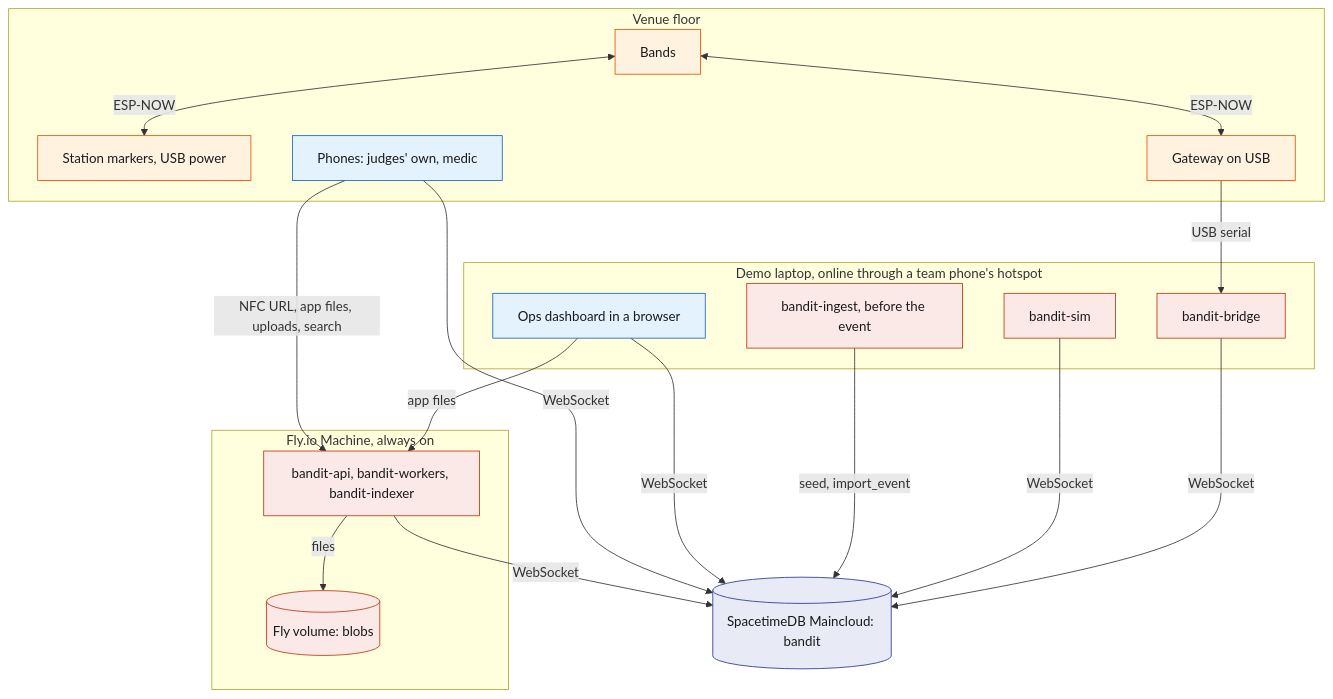
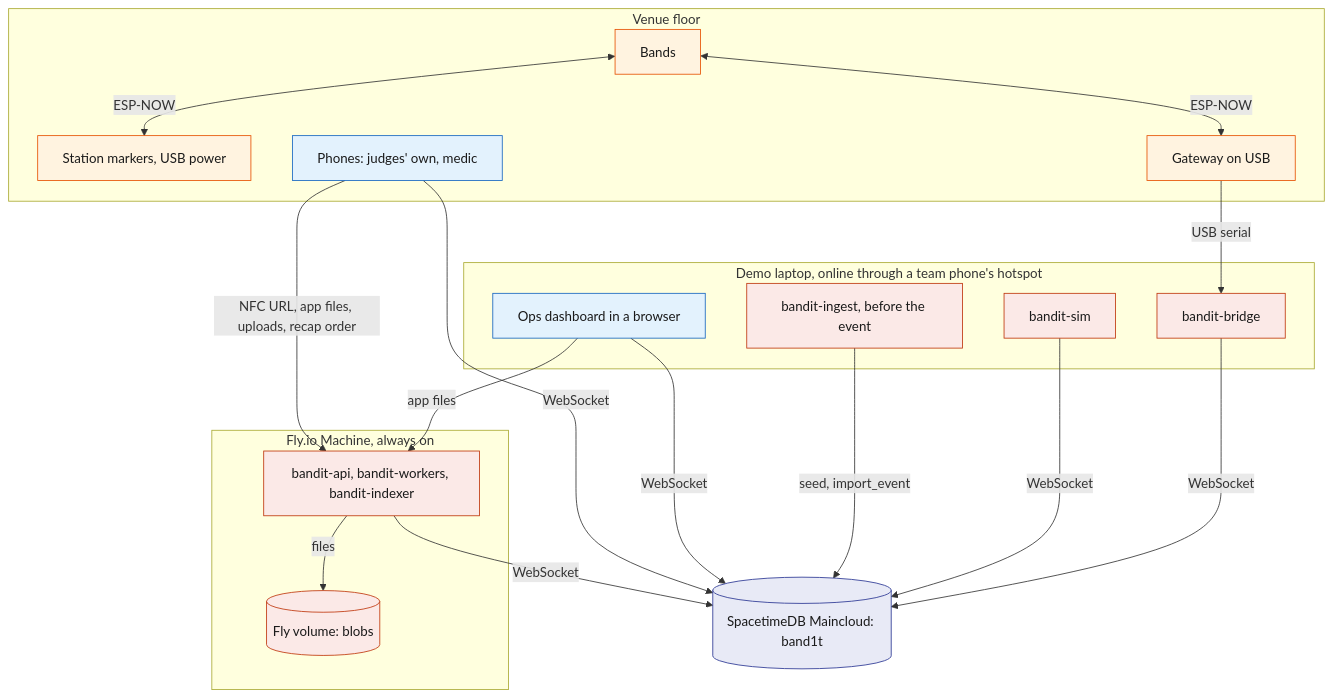
One commit to viktorinkov/cal-hacks-13 changed the fifth of 5 diagrams in System Design/1-overview/Architecture.md. Above: the diagram before and after it, drawn with Mermaid. The commit also changed other lines of this file and 21 other files, not shown here.

````diff
--- a/System Design/1-overview/Architecture.md
+++ b/System Design/1-overview/Architecture.md
@@ -276,42 +276,42 @@
 ```mermaid
 flowchart TB
   subgraph Floor["Venue floor"]
     Bands["Bands"]
     Stations["Station markers, USB power"]
     Gateway["Gateway on USB"]
     Phones["Phones: judges' own, medic"]
   end
   subgraph Laptop["Demo laptop, online through a team phone's hotspot"]
     Bridge["bandit-bridge"]
     Sim["bandit-sim"]
     Ingest["bandit-ingest, before the event"]
     OpsUI["Ops dashboard in a browser"]
   end
   subgraph Fly["Fly.io Machine, always on"]
     Svc["bandit-api, bandit-workers, bandit-indexer"]
     Vol[("Fly volume: blobs")]
   end
-  Maincloud[("SpacetimeDB Maincloud: bandit")]
+  Maincloud[("SpacetimeDB Maincloud: band1t")]
 
   Bands <-->|"ESP-NOW"| Stations
   Bands <-->|"ESP-NOW"| Gateway
   Gateway -->|"USB serial"| Bridge
   Bridge -->|"WebSocket"| Maincloud
   Sim -->|"WebSocket"| Maincloud
   Ingest -->|"seed, import_event"| Maincloud
   OpsUI -->|"WebSocket"| Maincloud
   OpsUI -->|"app files"| Svc
-  Phones -->|"NFC URL, app files, uploads, search"| Svc
+  Phones -->|"NFC URL, app files, uploads, recap order"| Svc
   Phones -->|"WebSocket"| Maincloud
   Svc -->|"WebSocket"| Maincloud
   Svc -->|"files"| Vol
 
   classDef device fill:#FFF3E0,stroke:#E65100,color:#1A1A1A
   classDef rust fill:#FBE9E7,stroke:#BF360C,color:#1A1A1A
   classDef stdb fill:#E8EAF6,stroke:#283593,color:#1A1A1A
   classDef web fill:#E3F2FD,stroke:#1565C0,color:#1A1A1A
   class Bands,Stations,Gateway device
   class Bridge,Sim,Ingest,Svc,Vol rust
   class Maincloud stdb
   class Phones,OpsUI web
 ```
````
